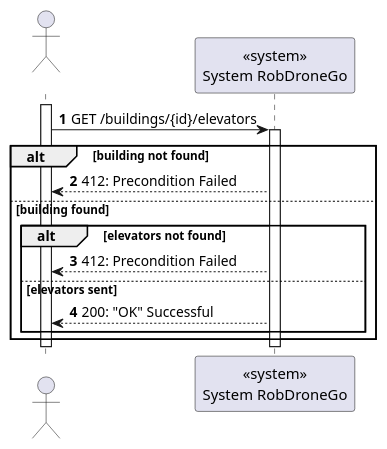
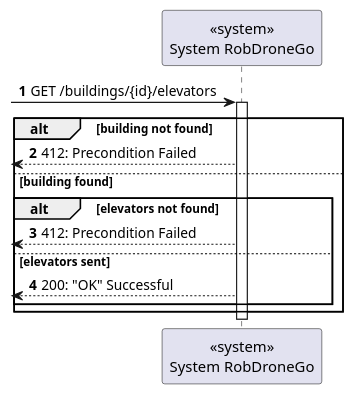
The diagram in docs/us290/level1/process-view.puml (Departamento-de-Engenharia-Informatica/lapr5-23-24-g19), drawn with PlantUML before and after one commit. The commit also changed 5 other files, not shown here.

```diff
--- a/docs/us290/level1/process-view.puml
+++ b/docs/us290/level1/process-view.puml
@@ -1,27 +1,25 @@
 @startuml
 autonumber
 
-actor " " as actor
+
 participant "<<system>>\nSystem RobDroneGo" as sys
 
 
-activate actor
-actor -> sys: GET /buildings/{id}/elevators
+[-> sys: GET /buildings/{id}/elevators
 
     activate sys
     alt building not found
-        sys --> actor : 412: Precondition Failed
+        [<-- sys : 412: Precondition Failed
     else building found
         alt elevators not found
-            actor <-- sys : 412: Precondition Failed
+            [<-- sys : 412: Precondition Failed
         else elevators sent
-            actor <-- sys : 200: "OK" Successful
+            [<-- sys : 200: "OK" Successful
         end
     end
 
 
 
 deactivate sys
-deactivate actor
 
 @enduml
```
